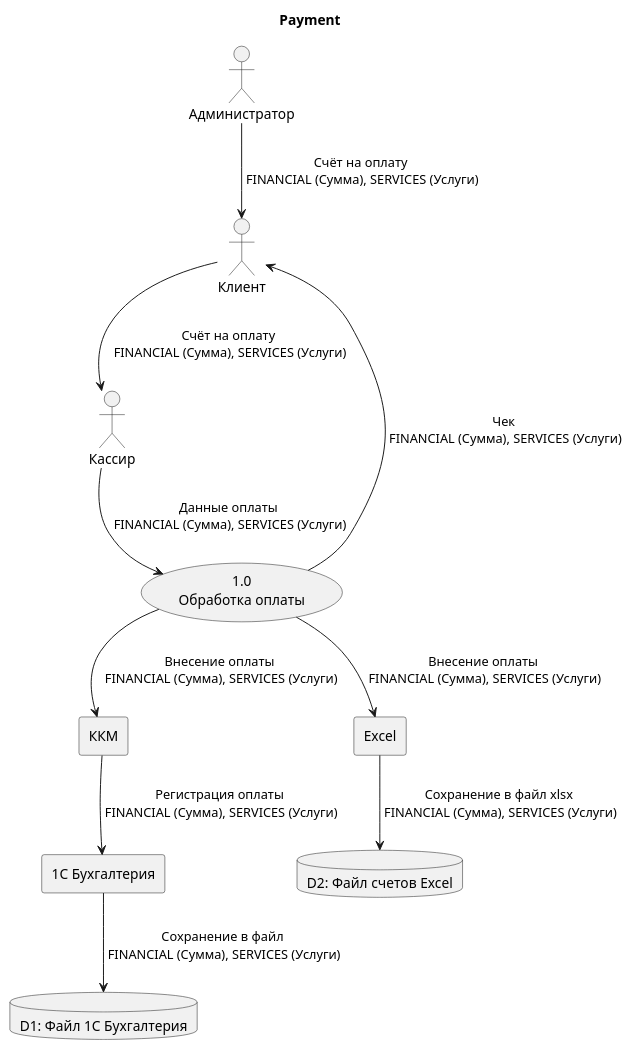
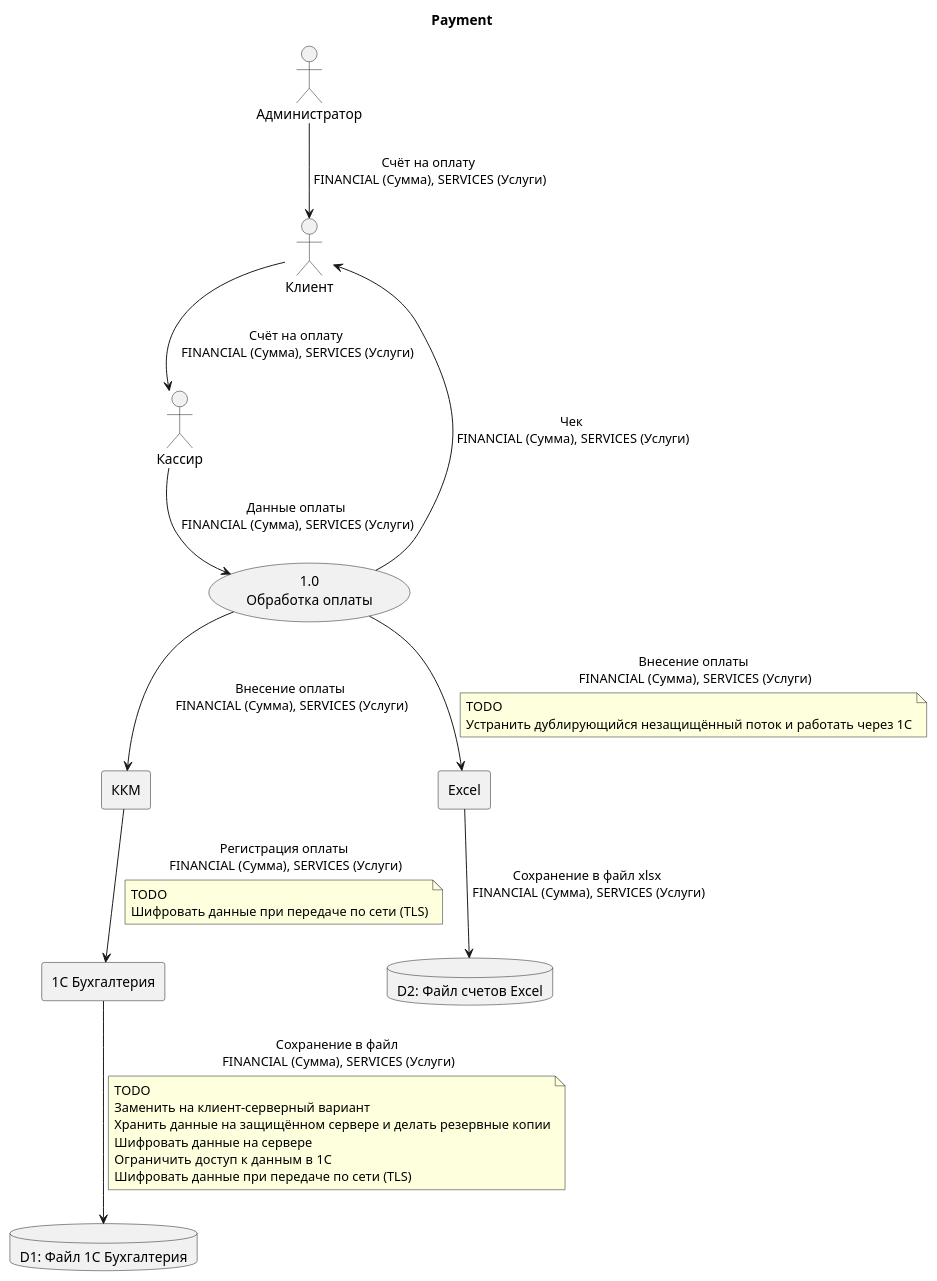
Before and after one commit to oleg088097/architecture-medikamente: the diagram in task1/diagrams/payment.puml, drawn with PlantUML. The commit also changed 6 other files, not shown here.

```diff
--- a/task1/diagrams/payment.puml
+++ b/task1/diagrams/payment.puml
@@ -1,30 +1,45 @@
 @startuml
 title Payment
 
 actor Администратор
 actor Клиент
 actor Кассир
 
 (1.0\nОбработка оплаты) as PaymentProc
 
 rectangle ККМ
 rectangle Excel
 rectangle "1С Бухгалтерия" as 1cF
 
 database "D1: Файл 1С Бухгалтерия" as 1cF_File
 database "D2: Файл счетов Excel" as xlsx
 
 Администратор --> Клиент : Счёт на оплату\n FINANCIAL (Сумма), SERVICES (Услуги)
 Клиент --> Кассир : Счёт на оплату\n FINANCIAL (Сумма), SERVICES (Услуги)
 Кассир --> PaymentProc : Данные оплаты\n FINANCIAL (Сумма), SERVICES (Услуги)
 
 PaymentProc --> Клиент : Чек\n FINANCIAL (Сумма), SERVICES (Услуги)
 
 PaymentProc --> ККМ : Внесение оплаты\n FINANCIAL (Сумма), SERVICES (Услуги)
 ККМ --> 1cF : Регистрация оплаты\n FINANCIAL (Сумма), SERVICES (Услуги)
+note on link
+ TODO
+ Шифровать данные при передаче по сети (TLS)
+end note
 1cF --> 1cF_File : Сохранение в файл\n FINANCIAL (Сумма), SERVICES (Услуги)
-
+note on link
+ TODO
+ Заменить на клиент-серверный вариант
+ Хранить данные на защищённом сервере и делать резервные копии
+ Шифровать данные на сервере
+ Ограничить доступ к данным в  1С
+ Шифровать данные при передаче по сети (TLS)
+end note
 PaymentProc --> Excel : Внесение оплаты\n FINANCIAL (Сумма), SERVICES (Услуги)
+note on link
+ TODO
+ Устранить дублирующийся незащищённый поток и работать через 1С
+end note
 Excel --> xlsx : Сохранение в файл xlsx\n FINANCIAL (Сумма), SERVICES (Услуги)
 
 @enduml
```
